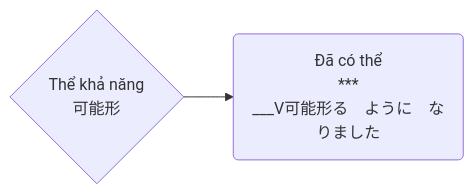
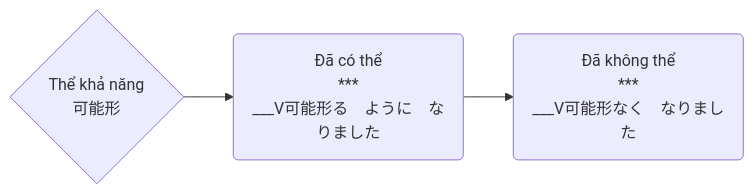
The diagram in The/可能形.md (tea1504/learn), drawn with Mermaid before and after one commit. The commit also changed 12 other files, not shown here.

````diff
--- a/The/可能形.md
+++ b/The/可能形.md
@@ -1,6 +1,7 @@
 ```mermaid
 graph LR;
     V{Thể khả năng\n可能形}
 
     V-->daCoThe(Đã có thể\n***\n___V可能形る　ように　なりました)
+    daCoThe-->daKhongThe(Đã không thể\n***\n___V可能形なく　なりました)
 ```
````
